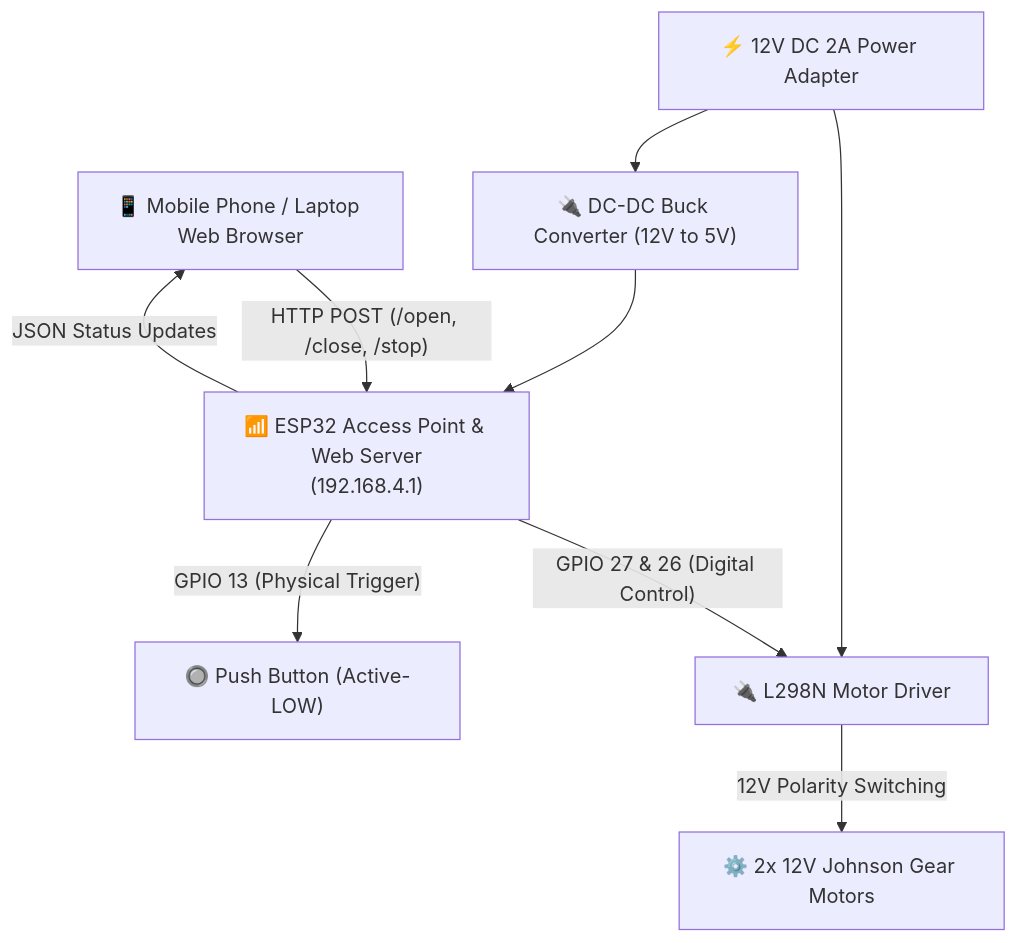
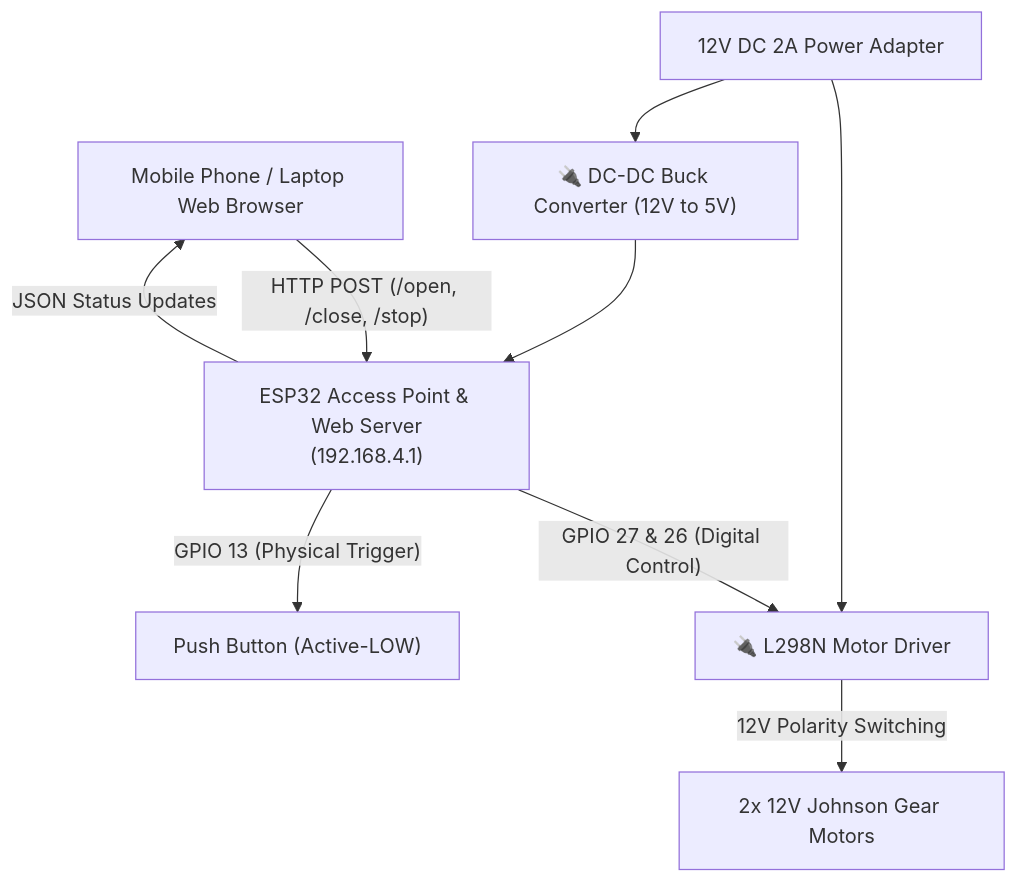
Before and after one commit to sakxam-xeetri/parda: the diagram in README.md, drawn with Mermaid. The commit also changed other lines of this file, not shown here.

````diff
--- a/README.md
+++ b/README.md
@@ -19,10 +19,10 @@
 ```mermaid
 graph TD
-    Client[📱 Mobile Phone / Laptop Web Browser] -- "HTTP POST (/open, /close, /stop)" --> ESP32["📶 ESP32 Access Point & Web Server<br>(192.168.4.1)"]
+    Client[ Mobile Phone / Laptop Web Browser] -- "HTTP POST (/open, /close, /stop)" --> ESP32[" ESP32 Access Point & Web Server<br>(192.168.4.1)"]
     ESP32 -- "JSON Status Updates" --> Client
     ESP32 -- "GPIO 27 & 26 (Digital Control)" --> L298N["🔌 L298N Motor Driver"]
-    ESP32 -- "GPIO 13 (Physical Trigger)" --> Button["🔘 Push Button (Active-LOW)"]
-    L298N -- "12V Polarity Switching" --> Motors["⚙️ 2x 12V Johnson Gear Motors"]
-    Power["⚡ 12V DC 2A Power Adapter"] --> L298N
+    ESP32 -- "GPIO 13 (Physical Trigger)" --> Button[" Push Button (Active-LOW)"]
+    L298N -- "12V Polarity Switching" --> Motors[" 2x 12V Johnson Gear Motors"]
+    Power[" 12V DC 2A Power Adapter"] --> L298N
     Power --> Buck["🔌 DC-DC Buck Converter (12V to 5V)"] --> ESP32
 ```
````
